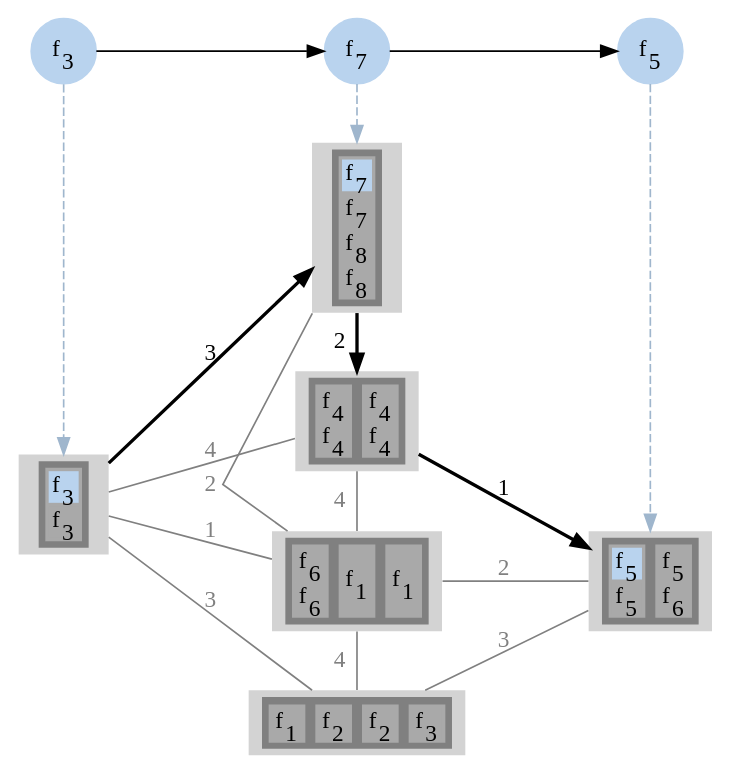
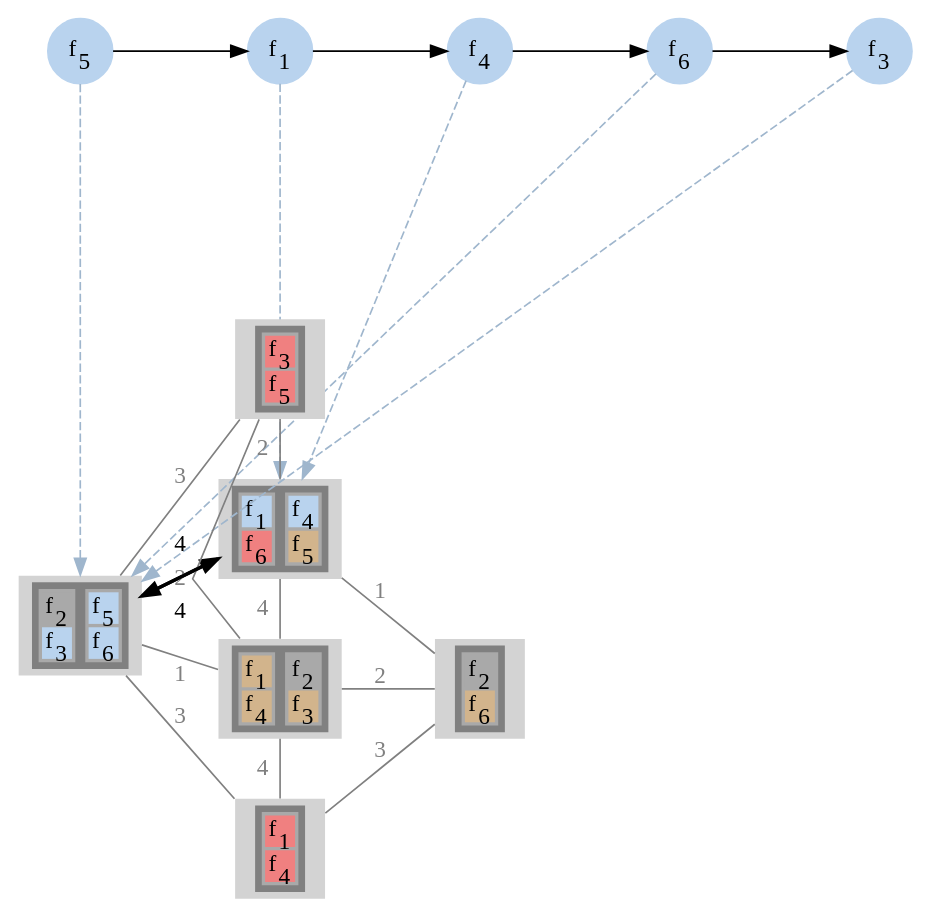
One commit to prateekshyap/SFC_Placement_in_VNF changed the diagram in output/mainSample1/gv/sfcAssgn2.gv. Above: the diagram before and after it, drawn with Graphviz. The commit also changed 54 other files, not shown here.

```diff
--- a/output/mainSample1/gv/sfcAssgn2.gv
+++ b/output/mainSample1/gv/sfcAssgn2.gv
@@ -5,14 +5,20 @@
 subgraph sfc
 {
 node [shape=circle]
+{rank = same; f5; };
+{rank = same; f1; };
+{rank = same; f4; };
+{rank = same; f6; };
 {rank = same; f3; };
-{rank = same; f7; };
-{rank = same; f5; };
+f5[style=filled label=<f<SUB>5</SUB>> color="slategray2"]
+f1[style=filled label=<f<SUB>1</SUB>> color="slategray2"]
+f4[style=filled label=<f<SUB>4</SUB>> color="slategray2"]
+f6[style=filled label=<f<SUB>6</SUB>> color="slategray2"]
 f3[style=filled label=<f<SUB>3</SUB>> color="slategray2"]
-f7[style=filled label=<f<SUB>7</SUB>> color="slategray2"]
-f5[style=filled label=<f<SUB>5</SUB>> color="slategray2"]
-f3 -> f7
-f7 -> f5
+f5 -> f1
+f1 -> f4
+f4 -> f6
+f6 -> f3
 }
 subgraph network
 {
@@ -26,8 +32,90 @@
 <TR>
 <TD>
 <TABLE BORDER="0" BGCOLOR="darkgray">
+<TR><TD PORT="f4" BGCOLOR="darkgray">f<SUB>2</SUB></TD></TR>
 <TR><TD PORT="f7" BGCOLOR="slategray2">f<SUB>3</SUB></TD></TR>
-<TR><TD PORT="f8" BGCOLOR="darkgray">f<SUB>3</SUB></TD></TR>
+</TABLE>
+</TD>
+<TD>
+<TABLE BORDER="0" BGCOLOR="darkgray">
+<TR><TD PORT="f13" BGCOLOR="slategray2">f<SUB>5</SUB></TD></TR>
+<TR><TD PORT="f18" BGCOLOR="slategray2">f<SUB>6</SUB></TD></TR>
+</TABLE>
+</TD>
+</TR>
+</TABLE>>]
+
+3[style=filled
+label=<
+<TABLE BORDER="0" BGCOLOR="gray">
+<TR>
+<TD>
+<TABLE BORDER="0" BGCOLOR="darkgray">
+<TR><TD PORT="f1" BGCOLOR="slategray2">f<SUB>1</SUB></TD></TR>
+<TR><TD PORT="f16" BGCOLOR="lightcoral">f<SUB>6</SUB></TD></TR>
+</TABLE>
+</TD>
+<TD>
+<TABLE BORDER="0" BGCOLOR="darkgray">
+<TR><TD PORT="f10" BGCOLOR="slategray2">f<SUB>4</SUB></TD></TR>
+<TR><TD PORT="f14" BGCOLOR="tan">f<SUB>5</SUB></TD></TR>
+</TABLE>
+</TD>
+</TR>
+</TABLE>>]
+
+3[style=filled
+label=<
+<TABLE BORDER="0" BGCOLOR="gray">
+<TR>
+<TD>
+<TABLE BORDER="0" BGCOLOR="darkgray">
+<TR><TD PORT="f1" BGCOLOR="slategray2">f<SUB>1</SUB></TD></TR>
+<TR><TD PORT="f16" BGCOLOR="lightcoral">f<SUB>6</SUB></TD></TR>
+</TABLE>
+</TD>
+<TD>
+<TABLE BORDER="0" BGCOLOR="darkgray">
+<TR><TD PORT="f10" BGCOLOR="slategray2">f<SUB>4</SUB></TD></TR>
+<TR><TD PORT="f14" BGCOLOR="tan">f<SUB>5</SUB></TD></TR>
+</TABLE>
+</TD>
+</TR>
+</TABLE>>]
+
+3[style=filled
+label=<
+<TABLE BORDER="0" BGCOLOR="gray">
+<TR>
+<TD>
+<TABLE BORDER="0" BGCOLOR="darkgray">
+<TR><TD PORT="f1" BGCOLOR="slategray2">f<SUB>1</SUB></TD></TR>
+<TR><TD PORT="f16" BGCOLOR="lightcoral">f<SUB>6</SUB></TD></TR>
+</TABLE>
+</TD>
+<TD>
+<TABLE BORDER="0" BGCOLOR="darkgray">
+<TR><TD PORT="f10" BGCOLOR="slategray2">f<SUB>4</SUB></TD></TR>
+<TR><TD PORT="f14" BGCOLOR="tan">f<SUB>5</SUB></TD></TR>
+</TABLE>
+</TD>
+</TR>
+</TABLE>>]
+
+1[style=filled
+label=<
+<TABLE BORDER="0" BGCOLOR="gray">
+<TR>
+<TD>
+<TABLE BORDER="0" BGCOLOR="darkgray">
+<TR><TD PORT="f4" BGCOLOR="darkgray">f<SUB>2</SUB></TD></TR>
+<TR><TD PORT="f7" BGCOLOR="slategray2">f<SUB>3</SUB></TD></TR>
+</TABLE>
+</TD>
+<TD>
+<TABLE BORDER="0" BGCOLOR="darkgray">
+<TR><TD PORT="f13" BGCOLOR="slategray2">f<SUB>5</SUB></TD></TR>
+<TR><TD PORT="f18" BGCOLOR="slategray2">f<SUB>6</SUB></TD></TR>
 </TABLE>
 </TD>
 </TR>
@@ -39,25 +127,40 @@
 <TR>
 <TD>
 <TABLE BORDER="0" BGCOLOR="darkgray">
-<TR><TD PORT="f19" BGCOLOR="slategray2">f<SUB>7</SUB></TD></TR>
-<TR><TD PORT="f20" BGCOLOR="darkgray">f<SUB>7</SUB></TD></TR>
-<TR><TD PORT="f21" BGCOLOR="darkgray">f<SUB>8</SUB></TD></TR>
-<TR><TD PORT="f22" BGCOLOR="darkgray">f<SUB>8</SUB></TD></TR>
+<TR><TD PORT="f8" BGCOLOR="lightcoral">f<SUB>3</SUB></TD></TR>
+<TR><TD PORT="f15" BGCOLOR="lightcoral">f<SUB>5</SUB></TD></TR>
 </TABLE>
 </TD>
 </TR>
 </TABLE>>]
 
-2[style=filled
+5[style=filled
 label=<
 <TABLE BORDER="0" BGCOLOR="gray">
 <TR>
 <TD>
 <TABLE BORDER="0" BGCOLOR="darkgray">
-<TR><TD PORT="f19" BGCOLOR="slategray2">f<SUB>7</SUB></TD></TR>
-<TR><TD PORT="f20" BGCOLOR="darkgray">f<SUB>7</SUB></TD></TR>
-<TR><TD PORT="f21" BGCOLOR="darkgray">f<SUB>8</SUB></TD></TR>
-<TR><TD PORT="f22" BGCOLOR="darkgray">f<SUB>8</SUB></TD></TR>
+<TR><TD PORT="f2" BGCOLOR="tan">f<SUB>1</SUB></TD></TR>
+<TR><TD PORT="f11" BGCOLOR="tan">f<SUB>4</SUB></TD></TR>
+</TABLE>
+</TD>
+<TD>
+<TABLE BORDER="0" BGCOLOR="darkgray">
+<TR><TD PORT="f6" BGCOLOR="darkgray">f<SUB>2</SUB></TD></TR>
+<TR><TD PORT="f9" BGCOLOR="tan">f<SUB>3</SUB></TD></TR>
+</TABLE>
+</TD>
+</TR>
+</TABLE>>]
+
+6[style=filled
+label=<
+<TABLE BORDER="0" BGCOLOR="gray">
+<TR>
+<TD>
+<TABLE BORDER="0" BGCOLOR="darkgray">
+<TR><TD PORT="f3" BGCOLOR="lightcoral">f<SUB>1</SUB></TD></TR>
+<TR><TD PORT="f12" BGCOLOR="lightcoral">f<SUB>4</SUB></TD></TR>
 </TABLE>
 </TD>
 </TR>
@@ -69,102 +172,30 @@
 <TR>
 <TD>
 <TABLE BORDER="0" BGCOLOR="darkgray">
-<TR><TD PORT="f13" BGCOLOR="slategray2">f<SUB>5</SUB></TD></TR>
-<TR><TD PORT="f14" BGCOLOR="darkgray">f<SUB>5</SUB></TD></TR>
-</TABLE>
-</TD>
-<TD>
-<TABLE BORDER="0" BGCOLOR="darkgray">
-<TR><TD PORT="f15" BGCOLOR="darkgray">f<SUB>5</SUB></TD></TR>
-<TR><TD PORT="f16" BGCOLOR="darkgray">f<SUB>6</SUB></TD></TR>
+<TR><TD PORT="f5" BGCOLOR="darkgray">f<SUB>2</SUB></TD></TR>
+<TR><TD PORT="f17" BGCOLOR="tan">f<SUB>6</SUB></TD></TR>
 </TABLE>
 </TD>
 </TR>
 </TABLE>>]
 
-3[style=filled
-label=<
-<TABLE BORDER="0" BGCOLOR="gray">
-<TR>
-<TD>
-<TABLE BORDER="0" BGCOLOR="darkgray">
-<TR><TD PORT="f9" BGCOLOR="darkgray">f<SUB>4</SUB></TD></TR>
-<TR><TD PORT="f10" BGCOLOR="darkgray">f<SUB>4</SUB></TD></TR>
-</TABLE>
-</TD>
-<TD>
-<TABLE BORDER="0" BGCOLOR="darkgray">
-<TR><TD PORT="f11" BGCOLOR="darkgray">f<SUB>4</SUB></TD></TR>
-<TR><TD PORT="f12" BGCOLOR="darkgray">f<SUB>4</SUB></TD></TR>
-</TABLE>
-</TD>
-</TR>
-</TABLE>>]
-
-5[style=filled
-label=<
-<TABLE BORDER="0" BGCOLOR="gray">
-<TR>
-<TD>
-<TABLE BORDER="0" BGCOLOR="darkgray">
-<TR><TD PORT="f17" BGCOLOR="darkgray">f<SUB>6</SUB></TD></TR>
-<TR><TD PORT="f18" BGCOLOR="darkgray">f<SUB>6</SUB></TD></TR>
-</TABLE>
-</TD>
-<TD>
-<TABLE BORDER="0" BGCOLOR="darkgray">
-<TR><TD PORT="f1" BGCOLOR="darkgray">f<SUB>1</SUB></TD></TR>
-</TABLE>
-</TD>
-<TD>
-<TABLE BORDER="0" BGCOLOR="darkgray">
-<TR><TD PORT="f2" BGCOLOR="darkgray">f<SUB>1</SUB></TD></TR>
-</TABLE>
-</TD>
-</TR>
-</TABLE>>]
-
-6[style=filled
-label=<
-<TABLE BORDER="0" BGCOLOR="gray">
-<TR>
-<TD>
-<TABLE BORDER="0" BGCOLOR="darkgray">
-<TR><TD PORT="f3" BGCOLOR="darkgray">f<SUB>1</SUB></TD></TR>
-</TABLE>
-</TD>
-<TD>
-<TABLE BORDER="0" BGCOLOR="darkgray">
-<TR><TD PORT="f4" BGCOLOR="darkgray">f<SUB>2</SUB></TD></TR>
-</TABLE>
-</TD>
-<TD>
-<TABLE BORDER="0" BGCOLOR="darkgray">
-<TR><TD PORT="f5" BGCOLOR="darkgray">f<SUB>2</SUB></TD></TR>
-</TABLE>
-</TD>
-<TD>
-<TABLE BORDER="0" BGCOLOR="darkgray">
-<TR><TD PORT="f6" BGCOLOR="darkgray">f<SUB>3</SUB></TD></TR>
-</TABLE>
-</TD>
-</TR>
-</TABLE>>]
-
-1 -> 2[label="3" color="black" penwidth=2]
-2 -> 3[label="2" color="black" penwidth=2]
-3 -> 4[label="1" color="black" penwidth=2]
-1 -> 3[label="4" color="gray" fontcolor="gray" dir = none]
+1 -> 3[label="4" color="black" penwidth=2]
+3 -> 1[label="4" color="black" penwidth=2]
+1 -> 2[label="3" color="gray" fontcolor="gray" dir = none]
 1 -> 5[label="1" color="gray" fontcolor="gray" dir = none]
 1 -> 6[label="3" color="gray" fontcolor="gray" dir = none]
+2 -> 3[label="2" color="gray" fontcolor="gray" dir = none]
 2 -> 5[label="2" color="gray" fontcolor="gray" dir = none]
+3 -> 4[label="1" color="gray" fontcolor="gray" dir = none]
 3 -> 5[label="4" color="gray" fontcolor="gray" dir = none]
 4 -> 5[label="2" color="gray" fontcolor="gray" dir = none]
 4 -> 6[label="3" color="gray" fontcolor="gray" dir = none]
 5 -> 6[label="4" color="gray" fontcolor="gray" dir = none]
 }
 splines=false
+f5 -> 1[color="slategray3" style=dashed constraint=false]
+f1 -> 3[color="slategray3" style=dashed constraint=false]
+f4 -> 3[color="slategray3" style=dashed constraint=false]
+f6 -> 1[color="slategray3" style=dashed constraint=false]
 f3 -> 1[color="slategray3" style=dashed constraint=false]
-f7 -> 2[color="slategray3" style=dashed constraint=false]
-f5 -> 4[color="slategray3" style=dashed constraint=false]
 }
```
